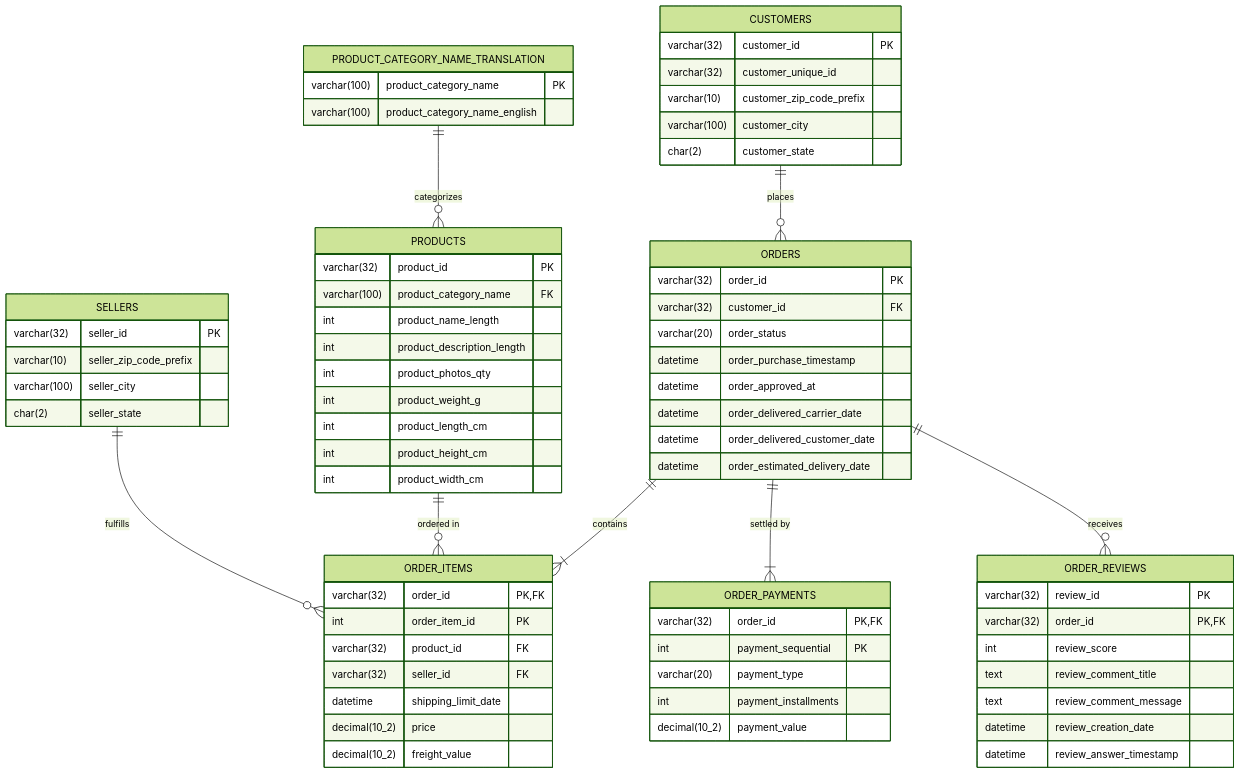
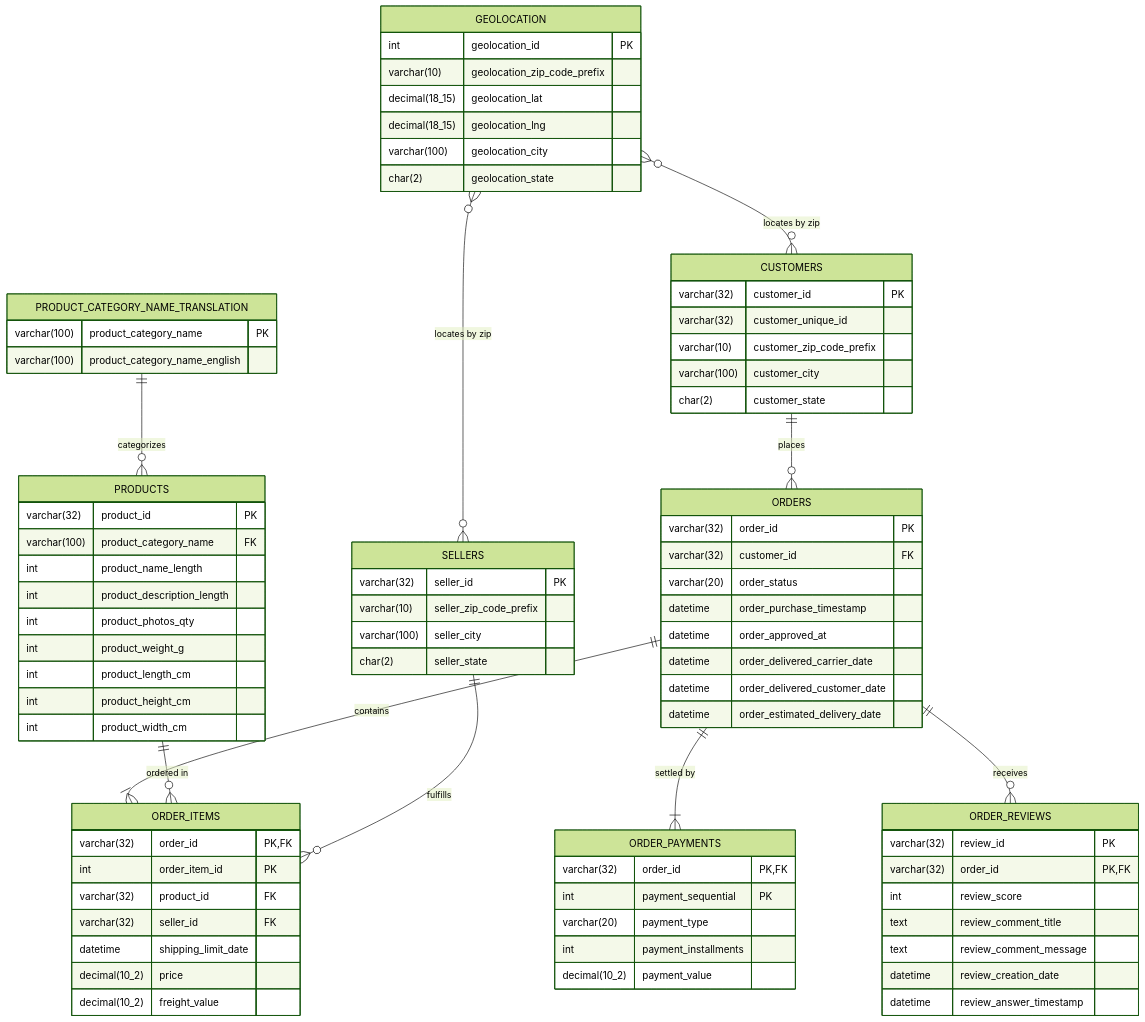
Before and after one commit to khajapashas722-alt/olist-ecommerce-sql-analysis: the diagram in schema/ER_DIAGRAM.md, drawn with Mermaid (forest theme). The commit also changed other lines of this file and 6 other files, not shown here.

```diff
--- a/schema/ER_DIAGRAM.md
+++ b/schema/ER_DIAGRAM.md
@@ -11,6 +11,17 @@
     PRODUCTS ||--o{ ORDER_ITEMS : "ordered in"
     SELLERS ||--o{ ORDER_ITEMS : fulfills
     PRODUCT_CATEGORY_NAME_TRANSLATION ||--o{ PRODUCTS : categorizes
+    GEOLOCATION }o--o{ CUSTOMERS : "locates by zip"
+    GEOLOCATION }o--o{ SELLERS : "locates by zip"
+
+    GEOLOCATION {
+        int geolocation_id PK
+        varchar(10) geolocation_zip_code_prefix
+        decimal(18_15) geolocation_lat
+        decimal(18_15) geolocation_lng
+        varchar(100) geolocation_city
+        char(2) geolocation_state
+    }
 
     CUSTOMERS {
         varchar(32) customer_id PK
```
